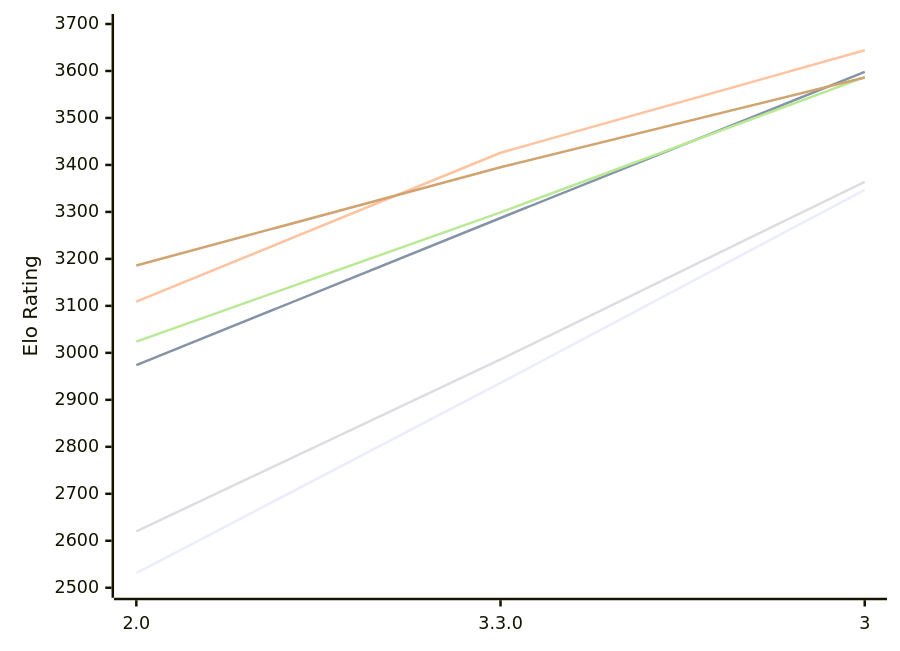
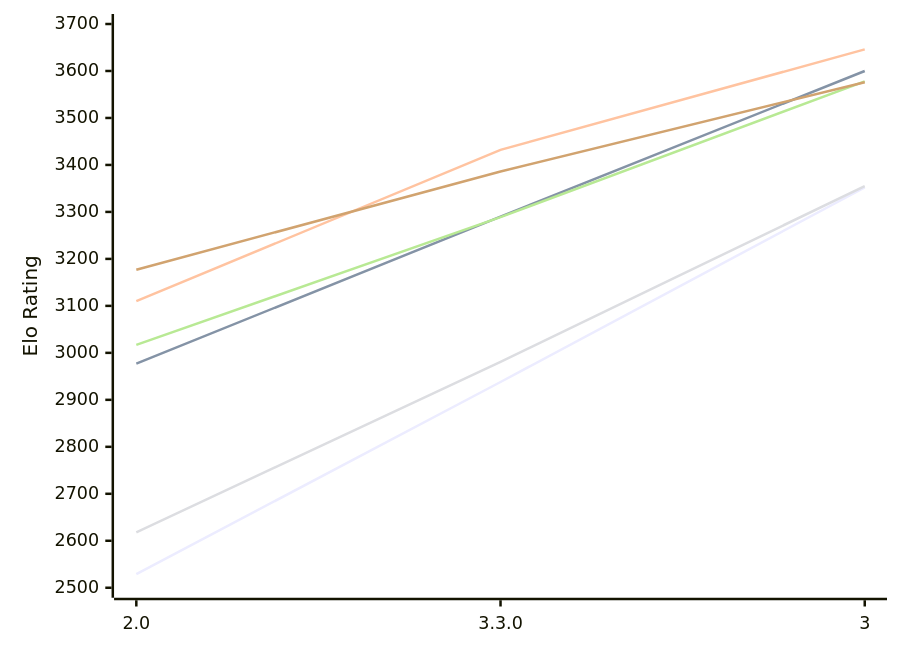
Before and after one commit to computer-chess-index/cci: the diagram in engines/Ravager.md, drawn with Mermaid. The commit also changed other lines of this file, not shown here.

Commit message:
Update CCI Ratings (ELO VLTC) - 2026-11-15

````diff
--- a/engines/Ravager.md
+++ b/engines/Ravager.md
@@ -51,12 +51,12 @@
 ```mermaid
 %%{init: {"theme":"base","themeVariables":{"seriesColors:['#a3a3a3','#222221','#faa371']}}}%%
 xychart-beta
   x-axis ["2.0", "3.3.0", "3"]
   y-axis "Elo Rating" 2500 --> 3700
-  line "E1: STC (8.0+0.08s)" [2531, 2936, 3347]
-  line "E1: LTC (60.0+0.60s)" [2974, 3287, 3598]
-  line "E1: VLTC (2m24s+1.12s)" [3109, 3426, 3644]
-  line "P1: STC (8.0+0.08s)" [2620, 2986, 3364]
-  line "P1: LTC (60.0+0.60s)" [3024, 3299, 3587]
-  line "P1: VLTC (2m24s+1.12s)" [3186, 3395, 3586]
+  line "E1: STC (8.0+0.08s)" [2529, 2938, 3352]
+  line "E1: LTC (60.0+0.60s)" [2977, 3290, 3600]
+  line "E1: VLTC (2m24s+1.12s)" [3110, 3432, 3646]
+  line "P1: STC (8.0+0.08s)" [2618, 2981, 3355]
+  line "P1: LTC (60.0+0.60s)" [3017, 3289, 3578]
+  line "P1: VLTC (2m24s+1.12s)" [3177, 3386, 3576]
 ```
````
